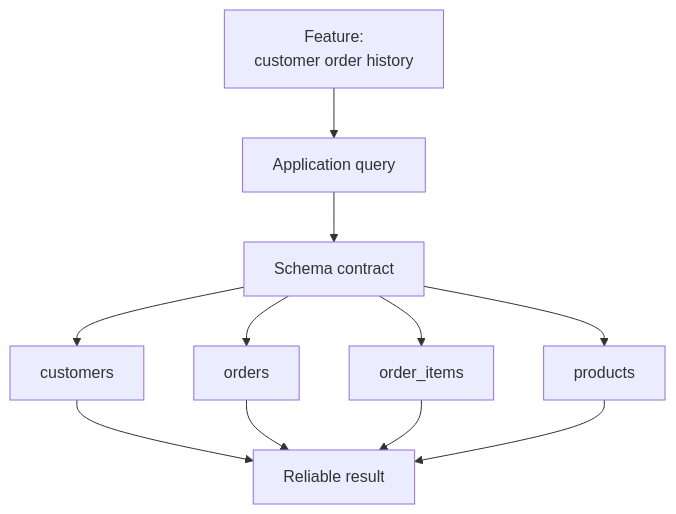
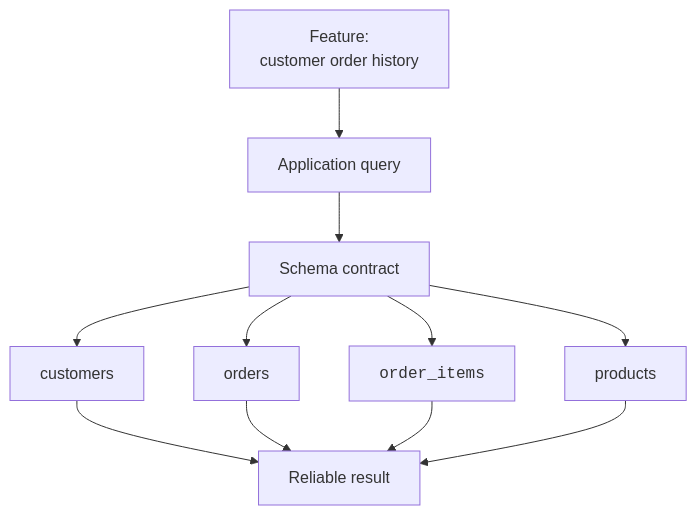
Before and after one commit to dataslope/dataslope: the first of 5 diagrams in content/learn/database-design-postgresql/how-design-shapes-software.mdx, drawn with Mermaid. The commit also changed other lines of this file and 218 other files, not shown here.

First line of the commit message:
Render code-only mermaid shapes in monospace; convert step sequences to Steps (#467)

````diff
--- a/content/learn/database-design-postgresql/how-design-shapes-software.mdx
+++ b/content/learn/database-design-postgresql/how-design-shapes-software.mdx
@@ -22,13 +22,13 @@
 ```mermaid
 flowchart TB
     A["Feature:<br/>customer order history"] --> B["Application query"]
     B --> C["Schema contract"]
     C --> D["customers"]
     C --> E["orders"]
-    C --> F["order_items"]
+    C --> F["<code>order_items</code>"]
     C --> G["products"]
     D --> H["Reliable result"]
     E --> H
     F --> H
     G --> H
 ```
````
